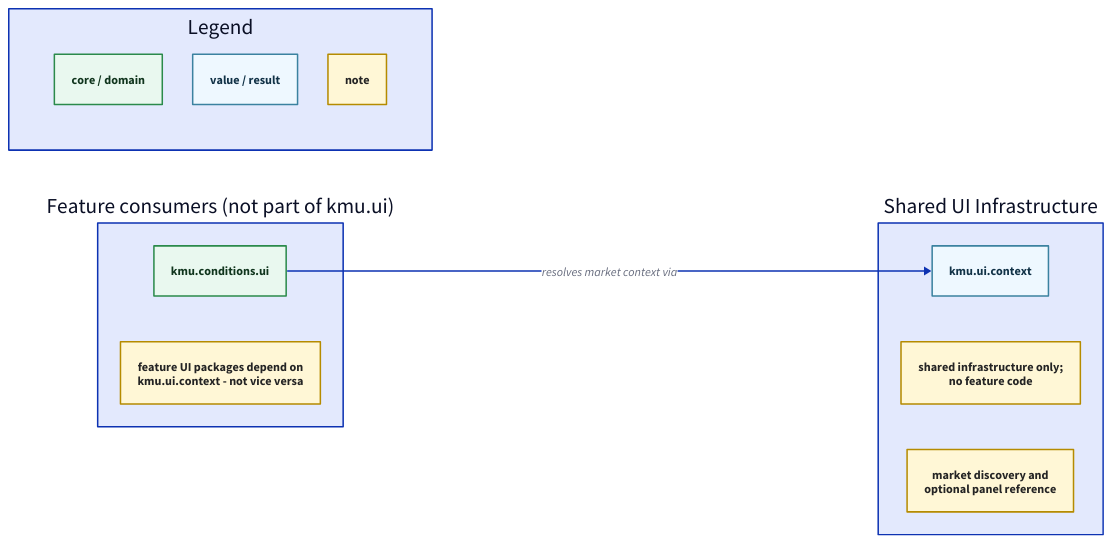
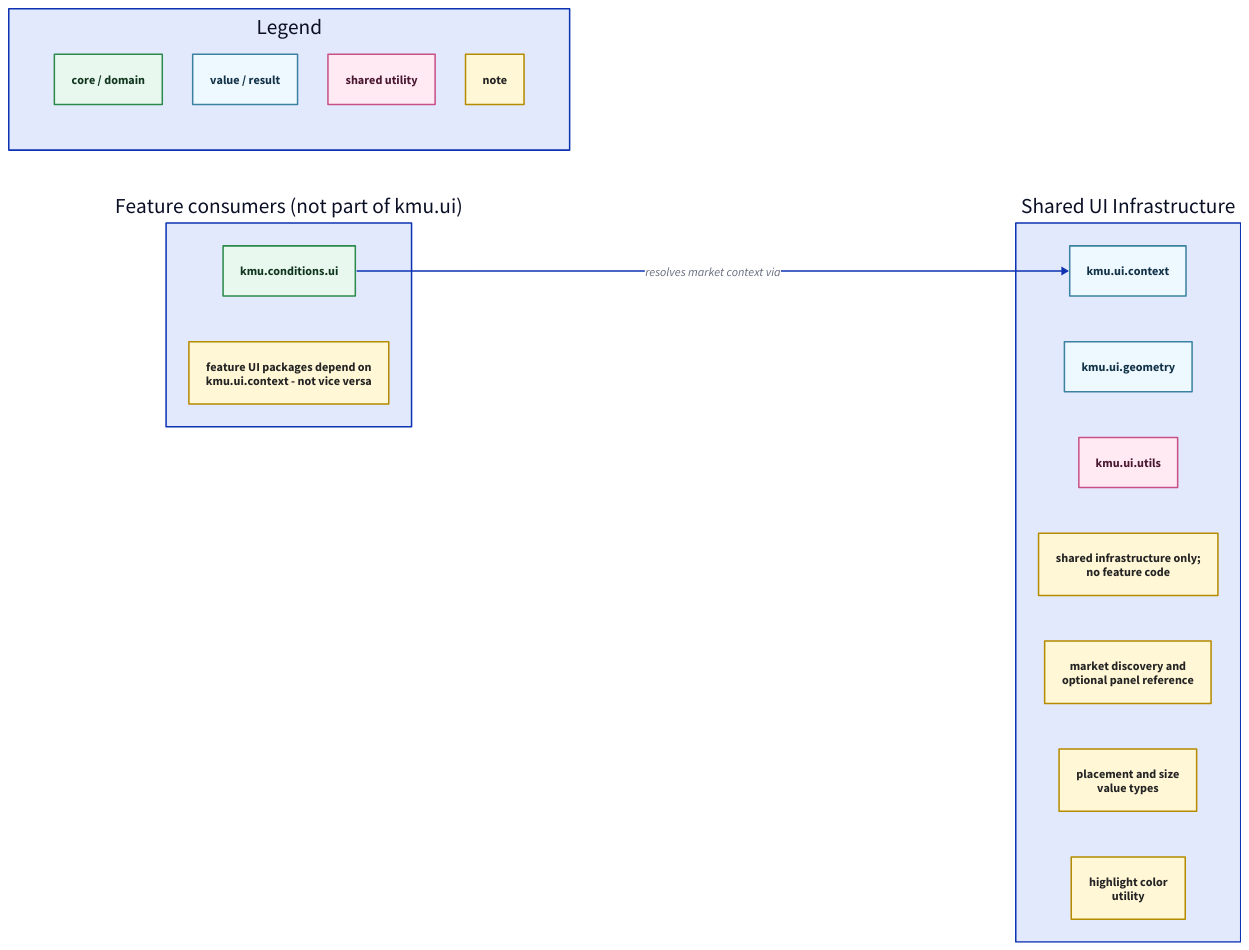
Before and after one commit to Klark-Morrigan/Starsector-Mod-KMU: the diagram in src/main/java/kmu/ui/ui.d2, drawn with D2. The commit also changed 5 other files, not shown here.

```diff
--- a/src/main/java/kmu/ui/ui.d2
+++ b/src/main/java/kmu/ui/ui.d2
@@ -1,49 +1,61 @@
 # Style conventions: see ../DIAGRAMS.md
 
 direction: right
 
 classes: {
   note: {
     style: {
       fill: "#fff7d6"
       stroke: "#b58b00"
       font-color: "#242424"
     }
   }
   core: {
     style: {
       fill: "#e9f8ef"
       stroke: "#2b8a4b"
       font-color: "#10351d"
     }
   }
   value: {
     style: {
       fill: "#eef8ff"
       stroke: "#3b82a0"
       font-color: "#113247"
     }
   }
+  shared: {
+    style: {
+      fill: "#ffeaf4"
+      stroke: "#c75186"
+      font-color: "#4a1830"
+    }
+  }
 }
 
 Legend: {
   grid-rows: 1
   L_core: "core / domain" {class: core}
   L_value: "value / result" {class: value}
+  L_shared: "shared utility" {class: shared}
   L_note: "note" {class: note}
 }
 
 SharedUI: "Shared UI Infrastructure" {
   direction: down
   Context: "kmu.ui.context" {class: value}
+  Geometry: "kmu.ui.geometry" {class: value}
+  Utils: "kmu.ui.utils" {class: shared}
   ScopeNote: "shared infrastructure only;\nno feature code" {class: note}
   ContextNote: "market discovery and\noptional panel reference" {class: note}
+  GeometryNote: "placement and size\nvalue types" {class: note}
+  UtilsNote: "highlight color\nutility" {class: note}
 }
 
 Consumers: "Feature consumers (not part of kmu.ui)" {
   direction: down
   ConditionsUI: "kmu.conditions.ui" {class: core}
   ConsumerNote: "feature UI packages depend on\nkmu.ui.context - not vice versa" {class: note}
 }
 
 Consumers.ConditionsUI -> SharedUI.Context: "resolves market context via"
```
